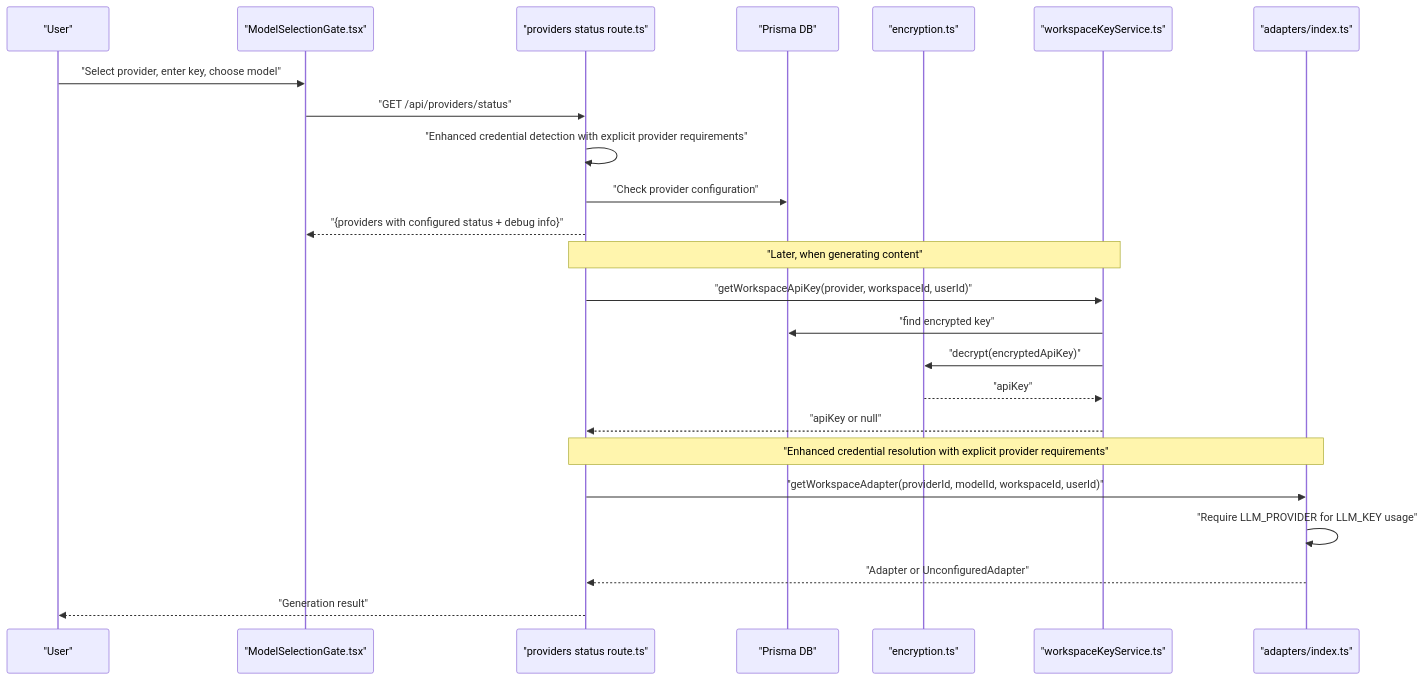
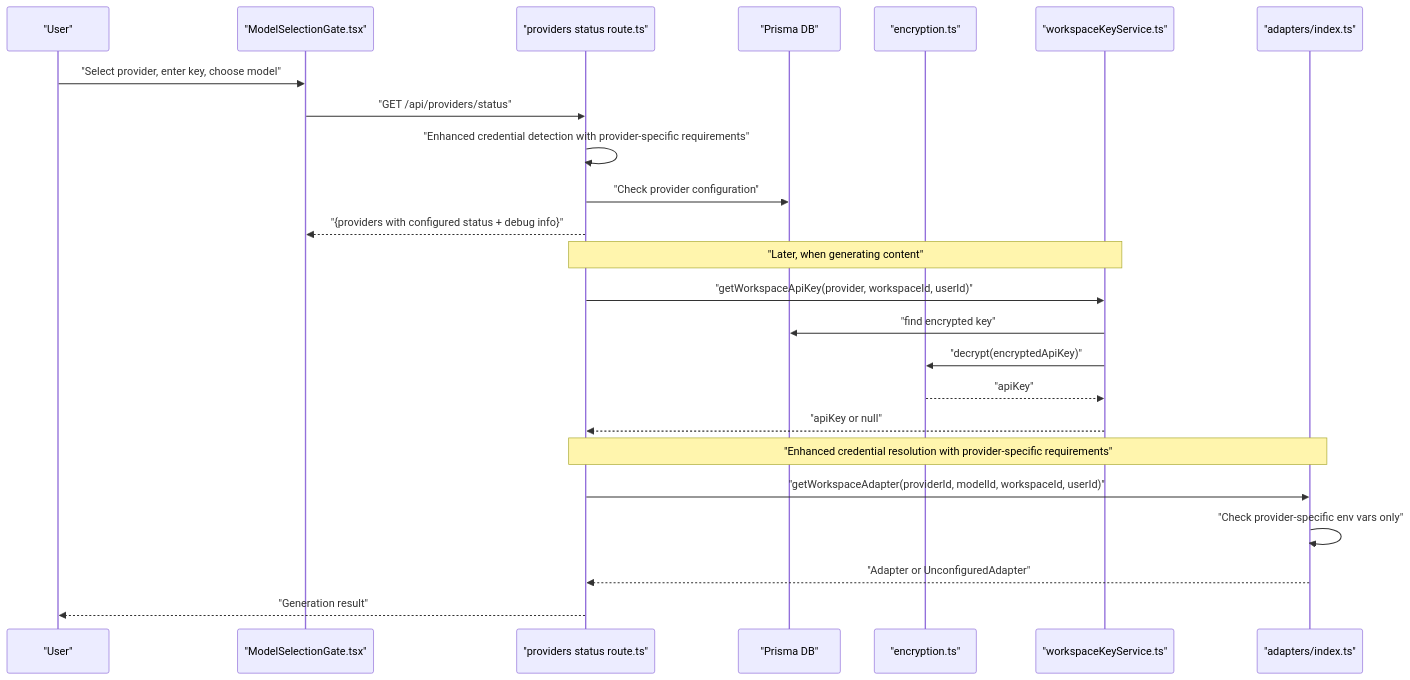
The second of 11 diagrams in .qoder/repowiki/en/content/AI Generation Engine/AI Provider Adapters/Configuration & Authentication Management.md (shekhargiri005-dotcom/AI-powered-accessibility-first-UI-engine), drawn with Mermaid before and after one commit. The commit also changed other lines of this file and 71 other files, not shown here.

````diff
--- a/.qoder/repowiki/en/content/AI Generation Engine/AI Provider Adapters/Configuration & Authentication Management.md
+++ b/.qoder/repowiki/en/content/AI Generation Engine/AI Provider Adapters/Configuration & Authentication Management.md
@@ -106,26 +108,26 @@
 ```mermaid
 sequenceDiagram
 participant User as "User"
 participant UI as "ModelSelectionGate.tsx"
 participant API as "providers status route.ts"
 participant DB as "Prisma DB"
 participant ENC as "encryption.ts"
 participant WKS as "workspaceKeyService.ts"
 participant ADP as "adapters/index.ts"
 User->>UI : "Select provider, enter key, choose model"
 UI->>API : "GET /api/providers/status"
-API->>API : "Enhanced credential detection with explicit provider requirements"
+API->>API : "Enhanced credential detection with provider-specific requirements"
 API->>DB : "Check provider configuration"
 API-->>UI : "{providers with configured status + debug info}"
 Note over API,WKS : "Later, when generating content"
 API->>WKS : "getWorkspaceApiKey(provider, workspaceId, userId)"
 WKS->>DB : "find encrypted key"
 WKS->>ENC : "decrypt(encryptedApiKey)"
 ENC-->>WKS : "apiKey"
 WKS-->>API : "apiKey or null"
-Note over API,ADP : "Enhanced credential resolution with explicit provider requirements"
+Note over API,ADP : "Enhanced credential resolution with provider-specific requirements"
 API->>ADP : "getWorkspaceAdapter(providerId, modelId, workspaceId, userId)"
-ADP->>ADP : "Require LLM_PROVIDER for LLM_KEY usage"
+ADP->>ADP : "Check provider-specific env vars only"
 ADP-->>API : "Adapter or UnconfiguredAdapter"
 API-->>User : "Generation result"
 ```
````
